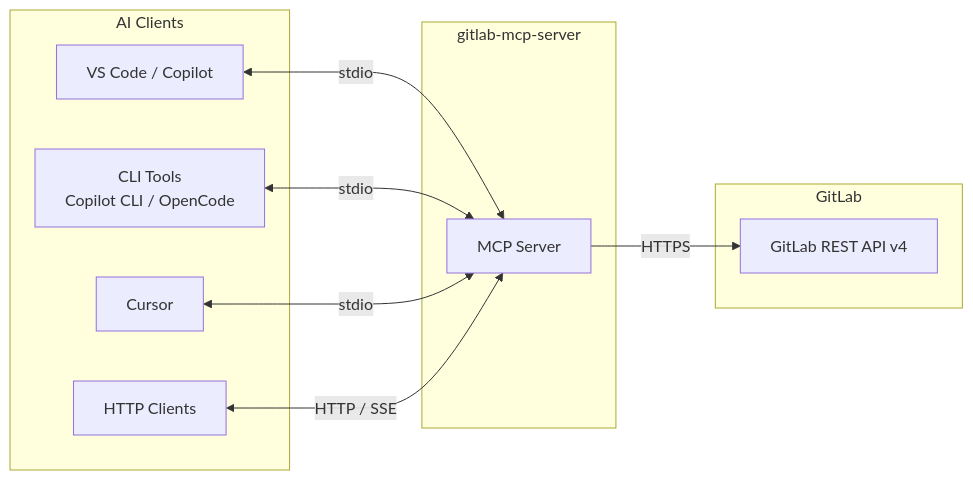
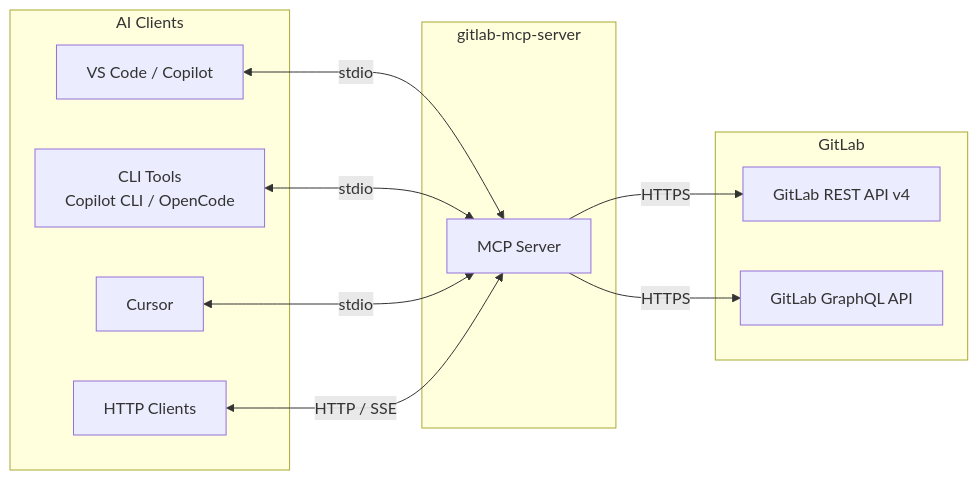
One commit to jmrplens/gitlab-mcp-server changed the second of 9 diagrams in docs/architecture.md. Above: the diagram before and after it, drawn with Mermaid. The commit also changed other lines of this file and 61 other files, not shown here.

First line of the commit message:
feat(epics): migrate epic domain to Work Items GraphQL API

````diff
--- a/docs/architecture.md
+++ b/docs/architecture.md
@@ -34,23 +34,25 @@
 ```mermaid
 graph LR
     subgraph "AI Clients"
         VS[VS Code / Copilot]
         CLI[CLI Tools<br/>Copilot CLI / OpenCode]
         CU[Cursor]
         WEB[HTTP Clients]
     end
 
     subgraph "gitlab-mcp-server"
         MCP[MCP Server]
     end
 
     subgraph "GitLab"
         API[GitLab REST API v4]
+        GQL[GitLab GraphQL API]
     end
 
     VS <-->|stdio| MCP
     CLI <-->|stdio| MCP
     CU <-->|stdio| MCP
     WEB <-->|HTTP / SSE| MCP
     MCP -->|HTTPS| API
+    MCP -->|HTTPS| GQL
 ```
````
